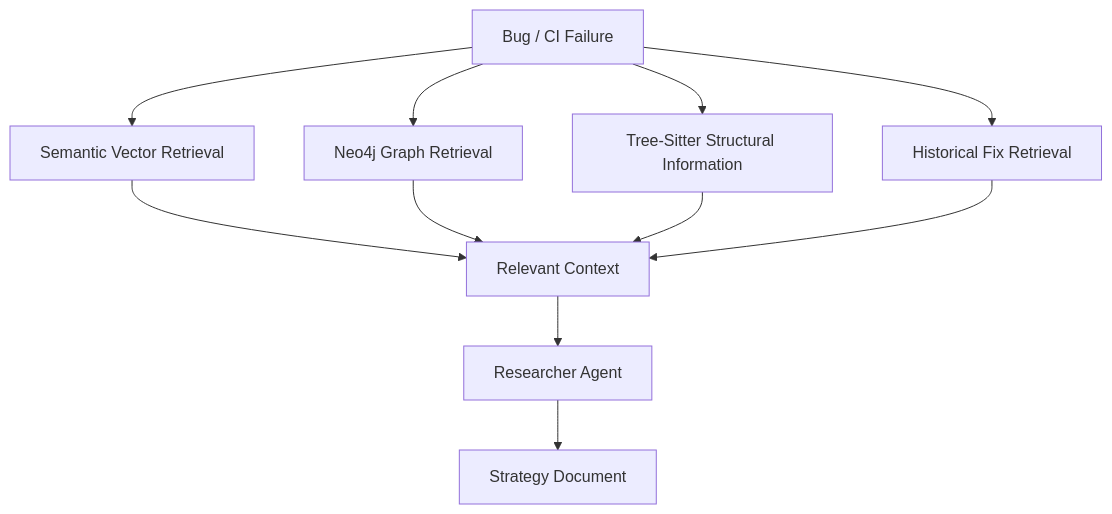
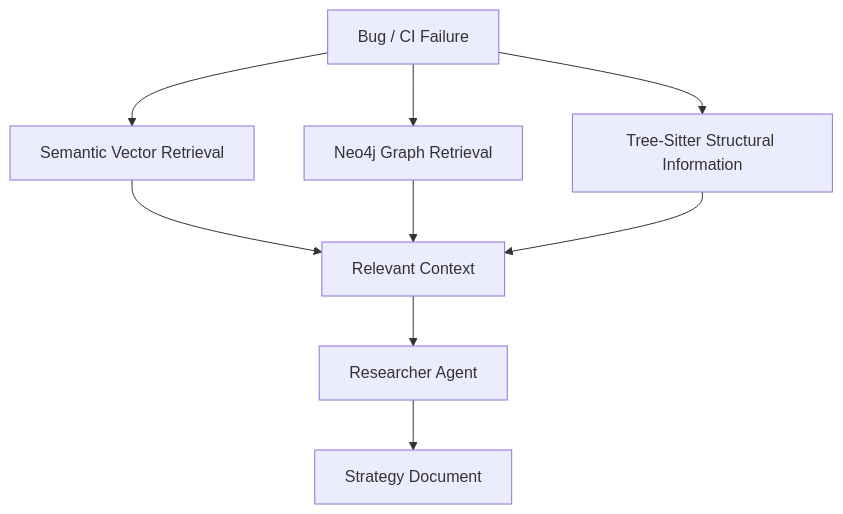
Before and after one commit to vivek-c29/Zenith: the fourth of 4 diagrams in README.md, drawn with Mermaid. The commit also changed other lines of this file, not shown here.

````diff
--- a/README.md
+++ b/README.md
@@ -228,18 +233,17 @@
 ```mermaid
 flowchart TD
 
     A[Bug / CI Failure]
 
     A --> B[Semantic Vector Retrieval]
     A --> C[Neo4j Graph Retrieval]
     A --> D[Tree-Sitter Structural Information]
-    A --> E[Historical Fix Retrieval]
+    
 
     B --> F[Relevant Context]
     C --> F
     D --> F
-    E --> F
 
     F --> G[Researcher Agent]
     G --> H[Strategy Document]
 ```
````
